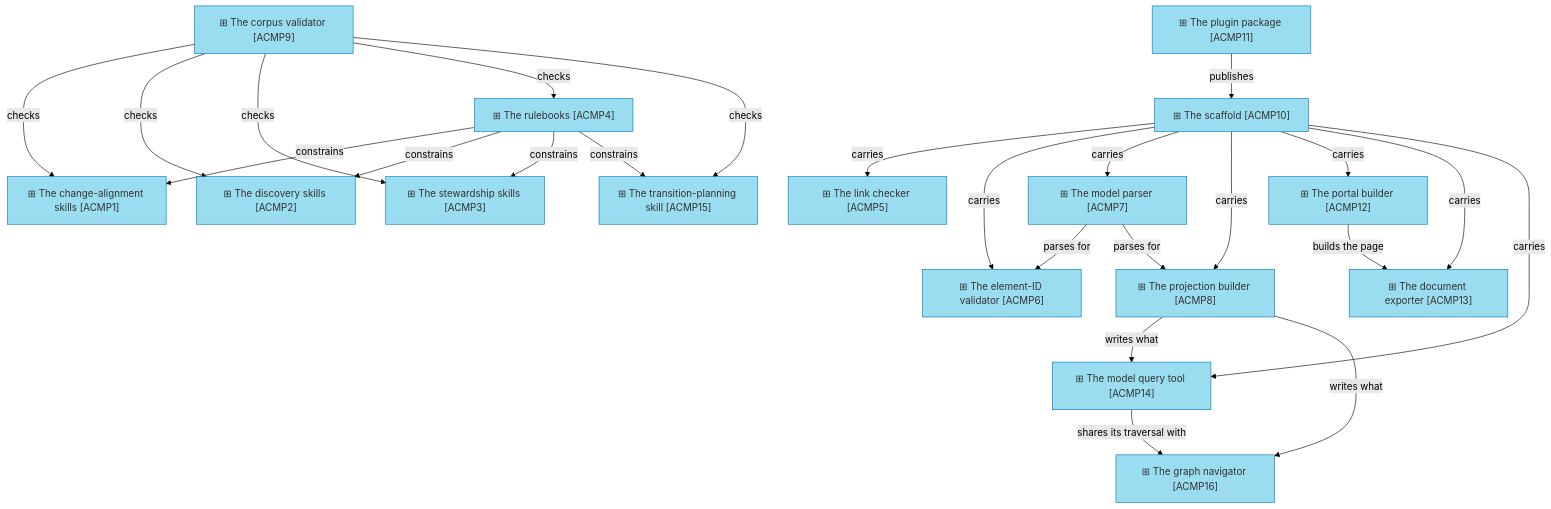
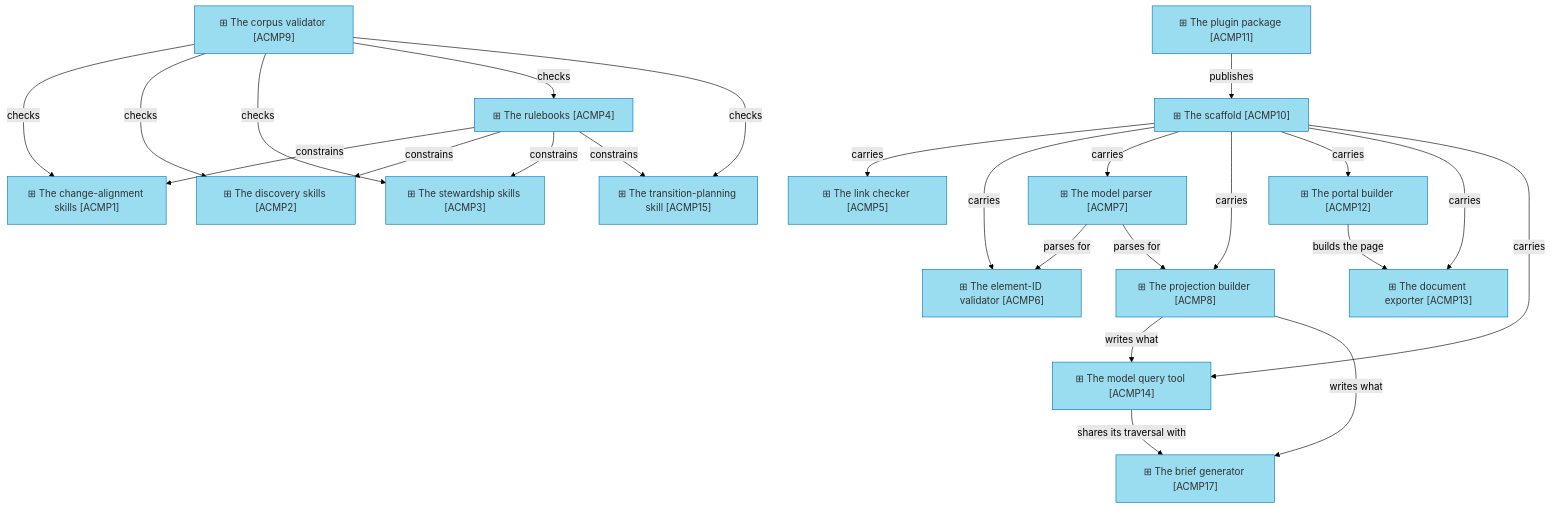
One commit to roanboc/architecture-archreator changed the second of 2 diagrams in product-archreator/architecture/4_application/2_application-components.md. Above: the diagram before and after it, drawn with Mermaid (forest theme). The commit also changed other lines of this file and 32 other files, not shown here.

````diff
--- a/product-archreator/architecture/4_application/2_application-components.md
+++ b/product-archreator/architecture/4_application/2_application-components.md
@@ -43,45 +43,45 @@
 ```mermaid
 flowchart TB
   acmp1["⊞ The change-alignment skills [ACMP1]"]:::component
   acmp2["⊞ The discovery skills [ACMP2]"]:::component
   acmp3["⊞ The stewardship skills [ACMP3]"]:::component
   acmp4["⊞ The rulebooks [ACMP4]"]:::component
   acmp5["⊞ The link checker [ACMP5]"]:::component
   acmp6["⊞ The element-ID validator [ACMP6]"]:::component
   acmp7["⊞ The model parser [ACMP7]"]:::component
   acmp8["⊞ The projection builder [ACMP8]"]:::component
   acmp9["⊞ The corpus validator [ACMP9]"]:::component
   acmp10["⊞ The scaffold [ACMP10]"]:::component
   acmp11["⊞ The plugin package [ACMP11]"]:::component
   acmp12["⊞ The portal builder [ACMP12]"]:::component
   acmp13["⊞ The document exporter [ACMP13]"]:::component
   acmp14["⊞ The model query tool [ACMP14]"]:::component
   acmp15["⊞ The transition-planning skill [ACMP15]"]:::component
-  acmp16["⊞ The graph navigator [ACMP16]"]:::component
+  acmp17["⊞ The brief generator [ACMP17]"]:::component
 
   acmp4 -->|constrains| acmp1
   acmp4 -->|constrains| acmp2
   acmp4 -->|constrains| acmp3
   acmp4 -->|constrains| acmp15
   acmp7 -->|parses for| acmp6
   acmp7 -->|parses for| acmp8
   acmp8 -->|writes what| acmp14
-  acmp8 -->|writes what| acmp16
-  acmp14 -->|shares its traversal with| acmp16
+  acmp8 -->|writes what| acmp17
+  acmp14 -->|shares its traversal with| acmp17
   acmp10 -->|carries| acmp5
   acmp10 -->|carries| acmp6
   acmp10 -->|carries| acmp7
   acmp10 -->|carries| acmp8
   acmp10 -->|carries| acmp12
   acmp10 -->|carries| acmp13
   acmp10 -->|carries| acmp14
   acmp12 -->|builds the page| acmp13
   acmp11 -->|publishes| acmp10
   acmp9 -->|checks| acmp1
   acmp9 -->|checks| acmp2
   acmp9 -->|checks| acmp3
   acmp9 -->|checks| acmp4
   acmp9 -->|checks| acmp15
 
   classDef component fill:#9adcf0,stroke:#0277bd,color:#333
 ```
````
